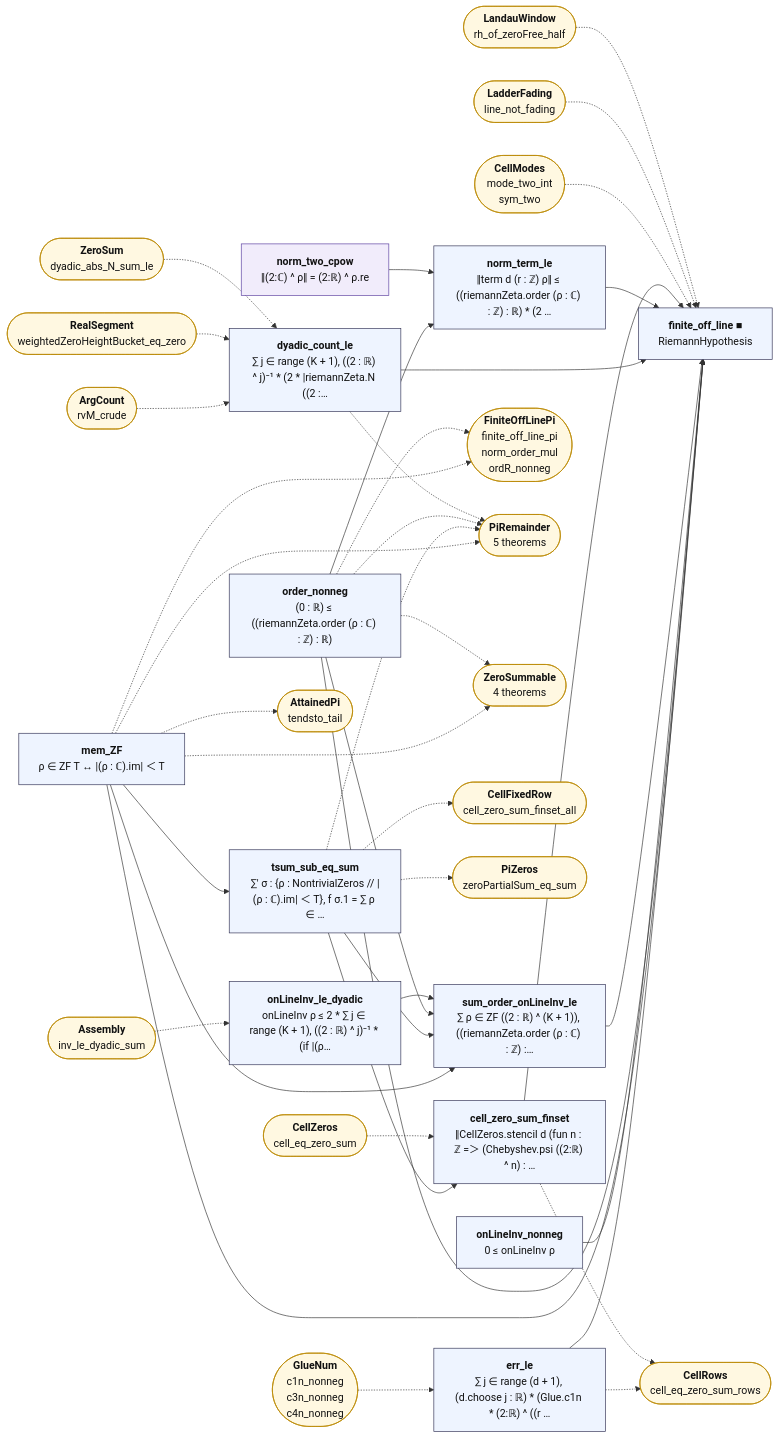
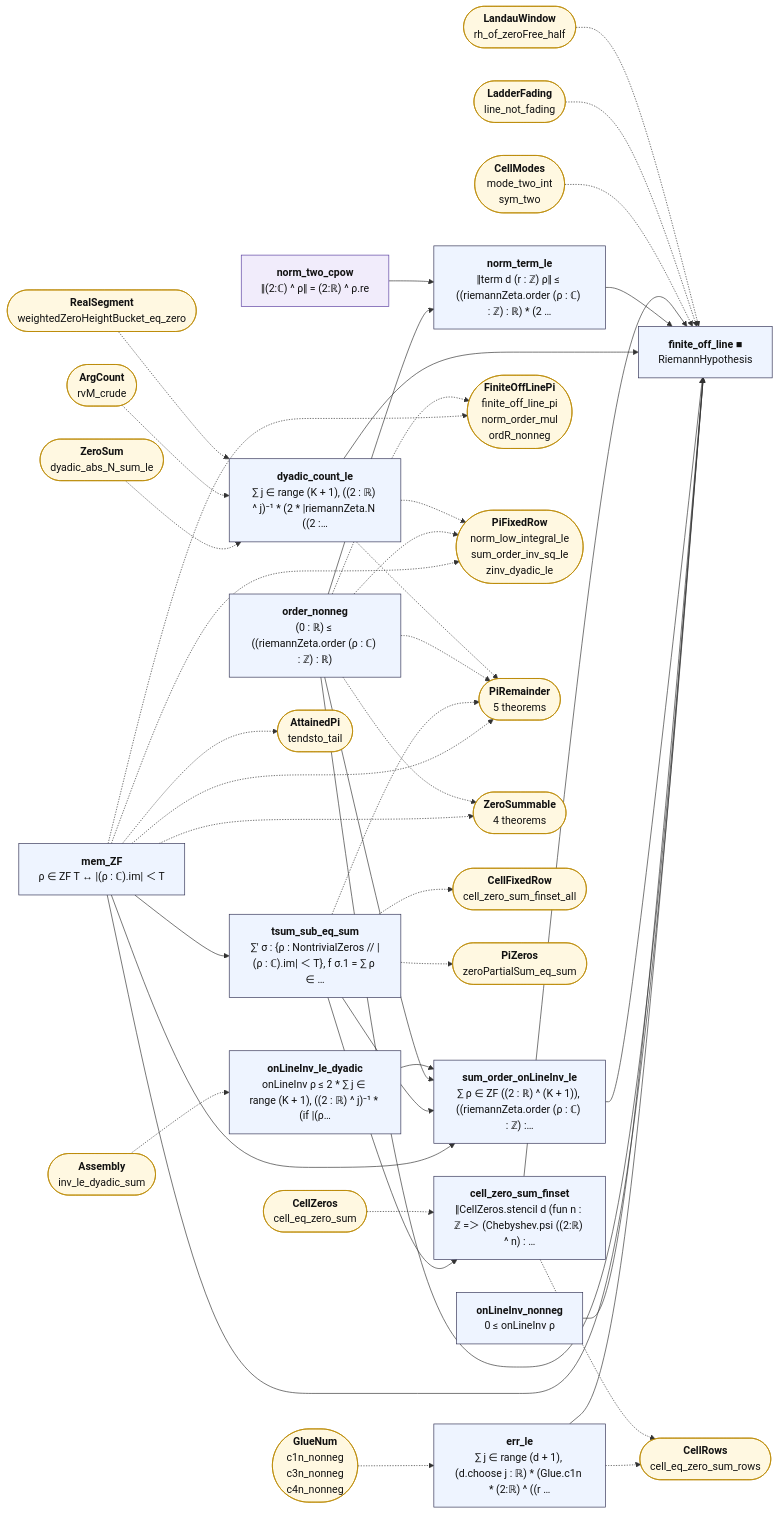
The diagram in map/lean_stage3/FiniteOffLine.mmd (juliansambranojr/Primebeat_081426), drawn with Mermaid before and after one commit. The commit also changed 46 other files, not shown here.

First line of the commit message:
Block F4: the integer count at a fixed row (unit 0462)

```diff
--- a/map/lean_stage3/FiniteOffLine.mmd
+++ b/map/lean_stage3/FiniteOffLine.mmd
@@ -1,75 +1,79 @@
 flowchart LR
   n0["<b>mem_ZF</b><br/>ρ ∈ ZF T ↔ |(ρ : ℂ).im| ＜ T"]:::thm
   n1["<b>tsum_sub_eq_sum</b><br/>∑' σ : {ρ : NontrivialZeros // |(ρ : ℂ).im| ＜ T}, f σ.1 = ∑ ρ ∈ …"]:::thm
   n2["<b>order_nonneg</b><br/>(0 : ℝ) ≤ ((riemannZeta.order (ρ : ℂ) : ℤ) : ℝ)"]:::thm
   n3["<b>onLineInv_nonneg</b><br/>0 ≤ onLineInv ρ"]:::thm
   n4["<b>onLineInv_le_dyadic</b><br/>onLineInv ρ ≤ 2 * ∑ j ∈ range (K + 1), ((2 : ℝ) ^ j)⁻¹ * (if |(ρ…"]:::thm
   n5["<b>sum_order_onLineInv_le</b><br/>∑ ρ ∈ ZF ((2 : ℝ) ^ (K + 1)), ((riemannZeta.order (ρ : ℂ) : ℤ) :…"]:::thm
   n6["<b>dyadic_count_le</b><br/>∑ j ∈ range (K + 1), ((2 : ℝ) ^ j)⁻¹ * (2 * |riemannZeta.N ((2 :…"]:::thm
   n7["<b>norm_two_cpow</b><br/>‖(2:ℂ) ^ ρ‖ = (2:ℝ) ^ ρ.re"]:::shp
   n8["<b>norm_term_le</b><br/>‖term d (r : ℤ) ρ‖ ≤ ((riemannZeta.order (ρ : ℂ) : ℤ) : ℝ) * (2 …"]:::thm
   n9["<b>cell_zero_sum_finset</b><br/>‖CellZeros.stencil d (fun n : ℤ =＞ (Chebyshev.psi ((2:ℝ) ^ n) : …"]:::thm
   n10["<b>err_le</b><br/>∑ j ∈ range (d + 1), (d.choose j : ℝ) * (Glue.c1n * (2:ℝ) ^ ((r …"]:::thm
   n11["<b>finite_off_line ■</b><br/>RiemannHypothesis"]:::thm
   x0(["<b>AttainedPi</b><br/>tendsto_tail"]):::ext
   x1(["<b>FiniteOffLinePi</b><br/>finite_off_line_pi<br/>norm_order_mul<br/>ordR_nonneg"]):::ext
-  x2(["<b>PiRemainder</b><br/>5 theorems"]):::ext
-  x3(["<b>ZeroSummable</b><br/>4 theorems"]):::ext
-  x4(["<b>CellFixedRow</b><br/>cell_zero_sum_finset_all"]):::ext
-  x5(["<b>PiZeros</b><br/>zeroPartialSum_eq_sum"]):::ext
-  x6(["<b>Assembly</b><br/>inv_le_dyadic_sum"]):::ext
-  x7(["<b>ArgCount</b><br/>rvM_crude"]):::ext
-  x8(["<b>RealSegment</b><br/>weightedZeroHeightBucket_eq_zero"]):::ext
-  x9(["<b>ZeroSum</b><br/>dyadic_abs_N_sum_le"]):::ext
-  x10(["<b>CellZeros</b><br/>cell_eq_zero_sum"]):::ext
-  x11(["<b>CellRows</b><br/>cell_eq_zero_sum_rows"]):::ext
-  x12(["<b>GlueNum</b><br/>c1n_nonneg<br/>c3n_nonneg<br/>c4n_nonneg"]):::ext
-  x13(["<b>CellModes</b><br/>mode_two_int<br/>sym_two"]):::ext
-  x14(["<b>LadderFading</b><br/>line_not_fading"]):::ext
-  x15(["<b>LandauWindow</b><br/>rh_of_zeroFree_half"]):::ext
+  x2(["<b>PiFixedRow</b><br/>norm_low_integral_le<br/>sum_order_inv_sq_le<br/>zinv_dyadic_le"]):::ext
+  x3(["<b>PiRemainder</b><br/>5 theorems"]):::ext
+  x4(["<b>ZeroSummable</b><br/>4 theorems"]):::ext
+  x5(["<b>CellFixedRow</b><br/>cell_zero_sum_finset_all"]):::ext
+  x6(["<b>PiZeros</b><br/>zeroPartialSum_eq_sum"]):::ext
+  x7(["<b>Assembly</b><br/>inv_le_dyadic_sum"]):::ext
+  x8(["<b>ArgCount</b><br/>rvM_crude"]):::ext
+  x9(["<b>RealSegment</b><br/>weightedZeroHeightBucket_eq_zero"]):::ext
+  x10(["<b>ZeroSum</b><br/>dyadic_abs_N_sum_le"]):::ext
+  x11(["<b>CellZeros</b><br/>cell_eq_zero_sum"]):::ext
+  x12(["<b>CellRows</b><br/>cell_eq_zero_sum_rows"]):::ext
+  x13(["<b>GlueNum</b><br/>c1n_nonneg<br/>c3n_nonneg<br/>c4n_nonneg"]):::ext
+  x14(["<b>CellModes</b><br/>mode_two_int<br/>sym_two"]):::ext
+  x15(["<b>LadderFading</b><br/>line_not_fading"]):::ext
+  x16(["<b>LandauWindow</b><br/>rh_of_zeroFree_half"]):::ext
   n0 --> n1
   n0 --> n11
   n0 --> n5
   n1 --> n5
   n1 --> n9
   n10 --> n11
   n2 --> n11
   n2 --> n5
   n2 --> n8
   n3 --> n11
   n4 --> n5
   n5 --> n11
   n6 --> n11
   n7 --> n8
   n8 --> n11
   n9 --> n11
   n0 -.-> x0
   n0 -.-> x1
   n0 -.-> x2
   n0 -.-> x3
-  n1 -.-> x2
-  n1 -.-> x4
+  n0 -.-> x4
+  n1 -.-> x3
   n1 -.-> x5
-  n10 -.-> x11
+  n1 -.-> x6
+  n10 -.-> x12
   n2 -.-> x1
   n2 -.-> x2
   n2 -.-> x3
+  n2 -.-> x4
   n6 -.-> x2
-  n9 -.-> x11
-  x10 -.-> n9
-  x12 -.-> n10
-  x13 -.-> n11
+  n6 -.-> x3
+  n9 -.-> x12
+  x10 -.-> n6
+  x11 -.-> n9
+  x13 -.-> n10
   x14 -.-> n11
   x15 -.-> n11
-  x6 -.-> n4
-  x7 -.-> n6
+  x16 -.-> n11
+  x7 -.-> n4
   x8 -.-> n6
   x9 -.-> n6
   classDef cnt fill:#dff5ec,stroke:#17694a,color:#111
   classDef shp fill:#f1ecfb,stroke:#5b3fa0,color:#111
   classDef rh fill:#ffe5e5,stroke:#c22,color:#111,stroke-width:2px
   classDef thm fill:#eef4ff,stroke:#335,color:#111
   classDef end_ fill:#e7f7e7,stroke:#2a7,color:#111,stroke-width:2px
   classDef lone fill:#fff,stroke:#999,color:#111,stroke-dasharray:4 3
   classDef bad fill:#ffe5e5,stroke:#c22,color:#111,stroke-width:2px
   classDef ext fill:#fff8e1,stroke:#b80,color:#111
```
